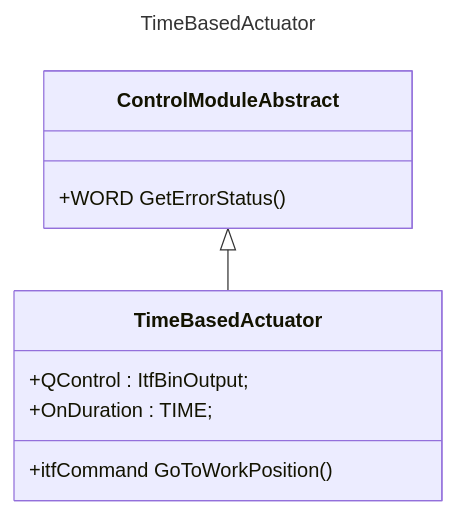
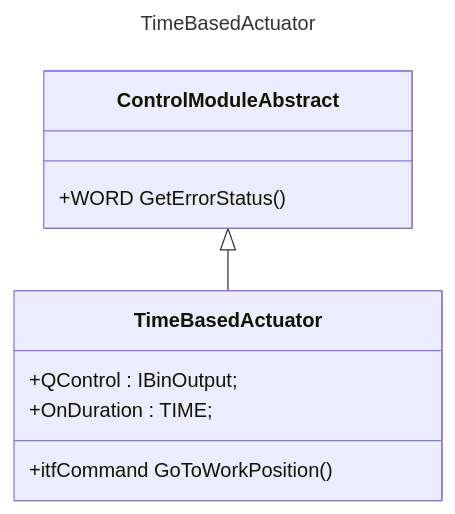
The second of 4 diagrams in README.md (simatic-ax/axftcmlib), drawn with Mermaid before and after one commit. The commit also changed other lines of this file and 14 other files, not shown here.

````diff
--- a/README.md
+++ b/README.md
@@ -57,15 +57,15 @@
 ```mermaid
 ---
 title: TimeBasedActuator
 ---
 classDiagram
     ControlModuleAbstract <|-- TimeBasedActuator
     class ControlModuleAbstract{
         +WORD GetErrorStatus()
     }
     class TimeBasedActuator{
-        +QControl : ItfBinOutput;
+        +QControl : IBinOutput;
         +OnDuration : TIME;
         +itfCommand GoToWorkPosition()
     }
 ```
````
